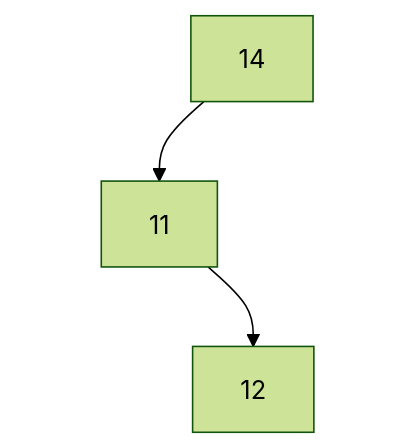
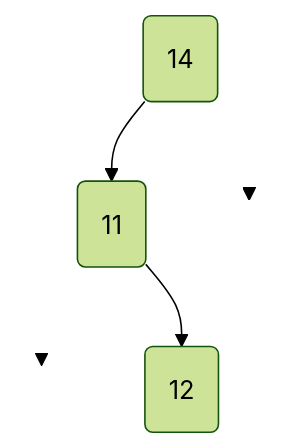
The tenth of 15 diagrams in docs/Annales/Corriges/23-NSIZERO-A.md (nsimeyroneinc/NSITerm2024), drawn with Mermaid (forest theme) before and after one commit. The commit also changed other lines of this file and 1309 other files, not shown here.

````diff
--- a/docs/Annales/Corriges/23-NSIZERO-A.md
+++ b/docs/Annales/Corriges/23-NSIZERO-A.md
@@ -251,11 +274,12 @@
     ```mermaid
         graph TD
-        S14["14"] --> S11["11"]
-        S14 --> V1[" "]
-        S11 --> V2[" "]
-        S11 --> S12["12"]
-        style V1 opacity:0;
-        style V2 opacity:0;
-        linkStyle 1 stroke:#FFFFFF,stroke-width:0px
-        linkStyle 2 stroke:#FFFFFF,stroke-width:0px
+        N("14")
+        N --> Ng("11")
+        N --> Nd(" ")
+        Ng --> Ngg(" ")
+        Ng --> Ngd("12")
+        style Nd fill:none, stroke-width:0px
+        linkStyle 1 stroke-width:0px
+        style Ngg fill:none, stroke-width:0px
+        linkStyle 2 stroke-width:0px
     ```
````
